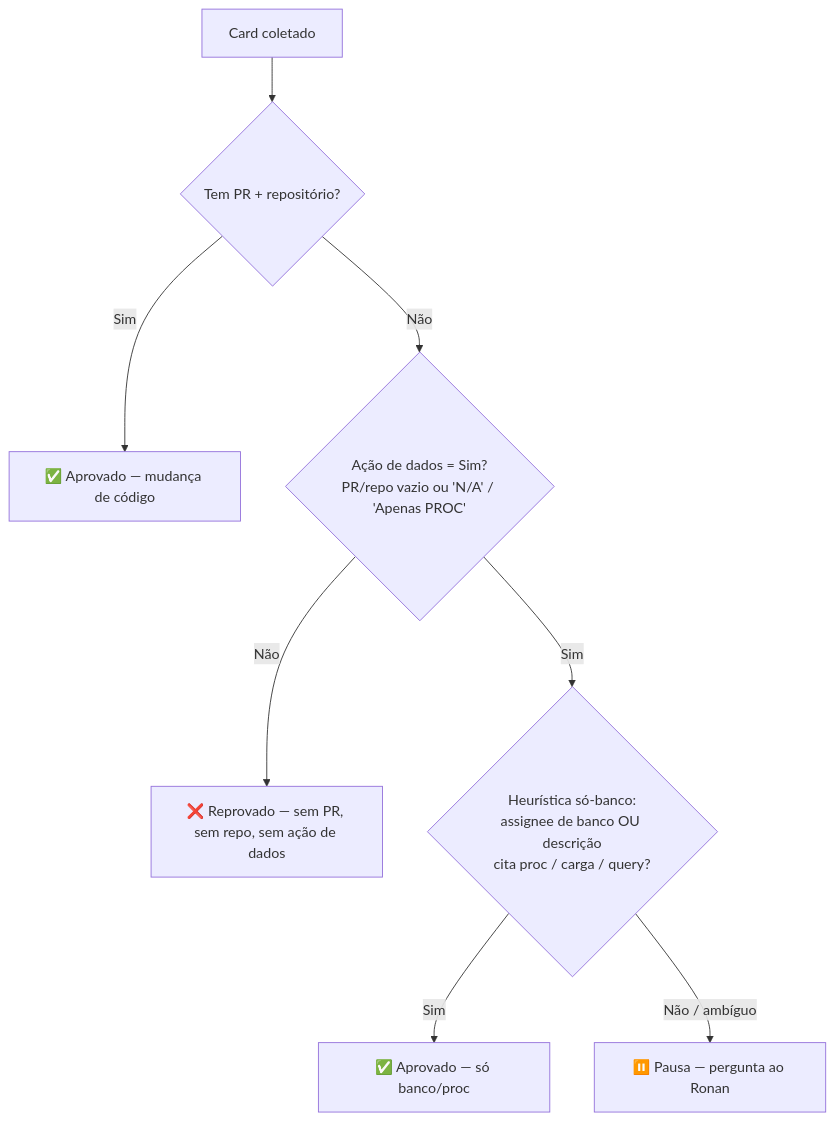
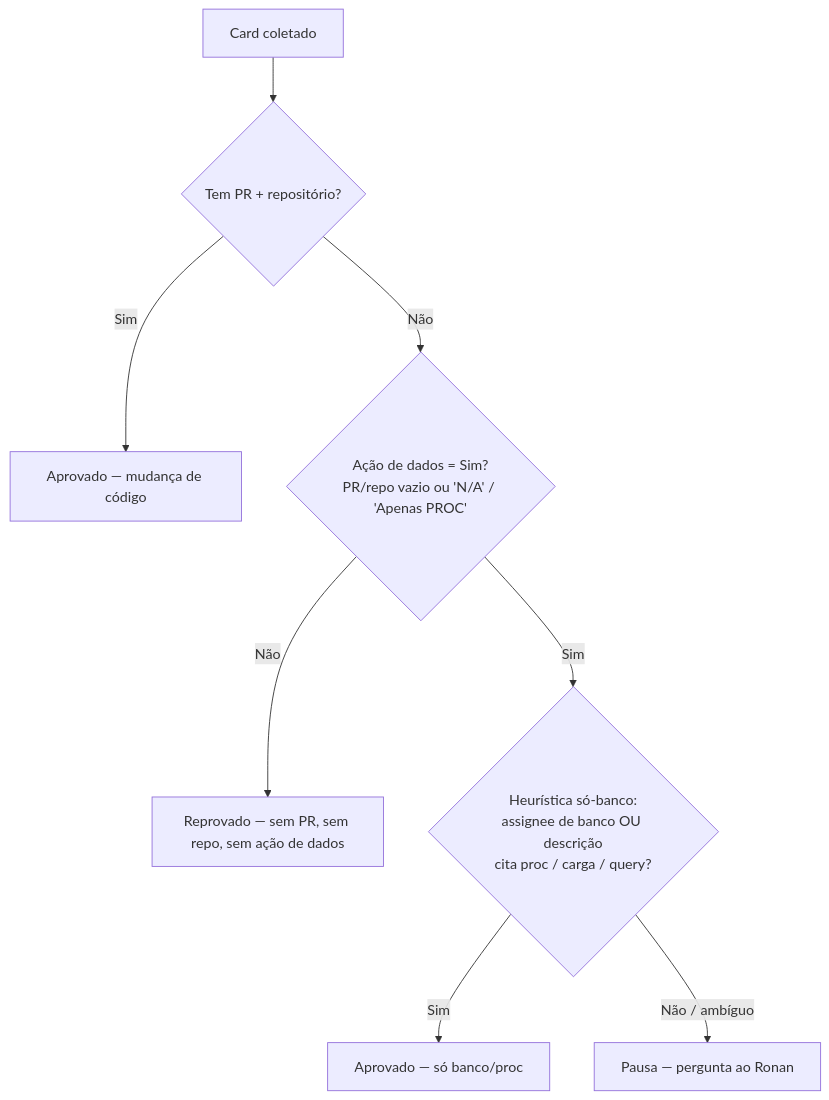
The seventh of 11 diagrams in docs/APRESENTACAO.md (BertoRcsb/workflow-automation-management), drawn with Mermaid before and after one commit. The commit also changed other lines of this file and 35 other files, not shown here.

First line of the commit message:
docs(apresentacao): export Mermaid diagrams to SVG/PNG and drop emojis

````diff
--- a/docs/APRESENTACAO.md
+++ b/docs/APRESENTACAO.md
@@ -174,10 +174,10 @@
 ```mermaid
 flowchart TD
     C["Card coletado"] --> Q1{"Tem PR + repositório?"}
-    Q1 -->|Sim| A["✅ Aprovado — mudança de código"]
+    Q1 -->|Sim| A["Aprovado — mudança de código"]
     Q1 -->|Não| Q2{"Ação de dados = Sim?<br>PR/repo vazio ou 'N/A' / 'Apenas PROC'"}
-    Q2 -->|Não| Rp["❌ Reprovado — sem PR, sem repo, sem ação de dados"]
+    Q2 -->|Não| Rp["Reprovado — sem PR, sem repo, sem ação de dados"]
     Q2 -->|Sim| Q3{"Heurística só-banco:<br>assignee de banco OU descrição<br>cita proc / carga / query?"}
-    Q3 -->|Sim| A2["✅ Aprovado — só banco/proc"]
-    Q3 -->|"Não / ambíguo"| P["⏸️ Pausa — pergunta ao Ronan"]
+    Q3 -->|Sim| A2["Aprovado — só banco/proc"]
+    Q3 -->|"Não / ambíguo"| P["Pausa — pergunta ao Ronan"]
 ```
````
